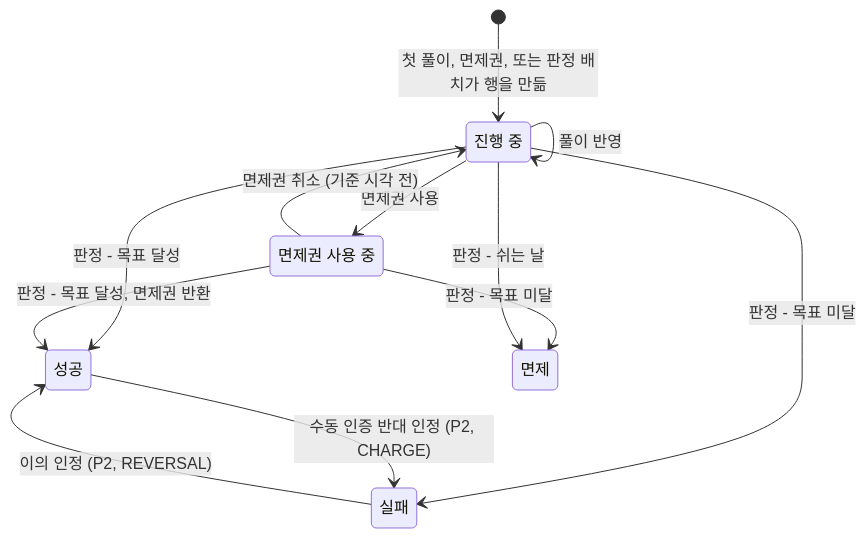
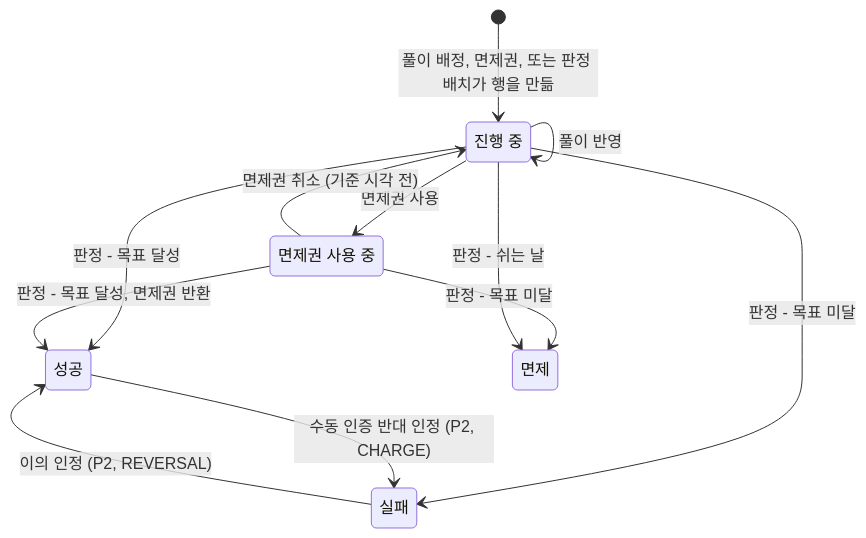
Before and after one commit to Duskafka/codingtest-harness: the second of 5 diagrams in docs/spec/domain-rules.md, drawn with Mermaid. The commit also changed other lines of this file and 2 other files, not shown here.

Commit message:
docs(spec): 3.4 멤버 일 진입 문구, R4 '판정 대상'을 R9 뜻으로
PR #25 열린 질문 두 개를 반영한다.

반영하는 결정 (2026-11-25, S09 docs PR 세션)
- 지시 "1. 조건 문구를 바꾼다면 어떻게 바꿔야해" → 세션 선택지 "'풀이 배정'으로 (Recommended)"
  3.4 멤버 일 진입: "첫 풀이" → "풀이 배정". 007 이후 전날로 배정할 때도 오늘 행이 센 수 0으로 생김
- 지시 "2.이건 일치시켜" → '판정 대상'을 R9 뜻(가입 다음 날부터 탈퇴한 날까지, 기수 안)으로 맞춤
  R4 세 번째 조건: "판정 대상 (쉬는 날·면제권 아님)" → "판정 대상(R9)이고, 쉬는 날이 아니고, 면제권을 쓰지 않았고"
  S09 만들 것 3: 쉬는 요일을 판정 대상에서 빼고 따로 본다 (R4)
  5.5·부록 D·5.10·S12·코드는 이미 R9 뜻. 결정 제안서 007은 확정된 기록이라 고치지 않음

Claude-Session: https://claude.ai/code/session_01QEbHQaWctvTSjK5gQFwuyg

````diff
--- a/docs/spec/domain-rules.md
+++ b/docs/spec/domain-rules.md
@@ -118,19 +118,19 @@
 ```mermaid
 stateDiagram-v2
     state "진행 중" as OPEN
     state "면제권 사용 중" as TICKET
     state "성공" as SUCCESS
     state "실패" as FAIL
     state "면제" as EXEMPT
-    [*] --> OPEN: 첫 풀이, 면제권, 또는 판정 배치가 행을 만듦
+    [*] --> OPEN: 풀이 배정, 면제권, 또는 판정 배치가 행을 만듦
     OPEN --> OPEN: 풀이 반영
     OPEN --> TICKET: 면제권 사용
     TICKET --> OPEN: 면제권 취소 (기준 시각 전)
     OPEN --> SUCCESS: 판정 - 목표 달성
     TICKET --> SUCCESS: 판정 - 목표 달성, 면제권 반환
     OPEN --> FAIL: 판정 - 목표 미달
     TICKET --> EXEMPT: 판정 - 목표 미달
     OPEN --> EXEMPT: 판정 - 쉬는 날
     FAIL --> SUCCESS: 이의 인정 (P2, REVERSAL)
     SUCCESS --> FAIL: 수동 인증 반대 인정 (P2, CHARGE)
 ```
````
